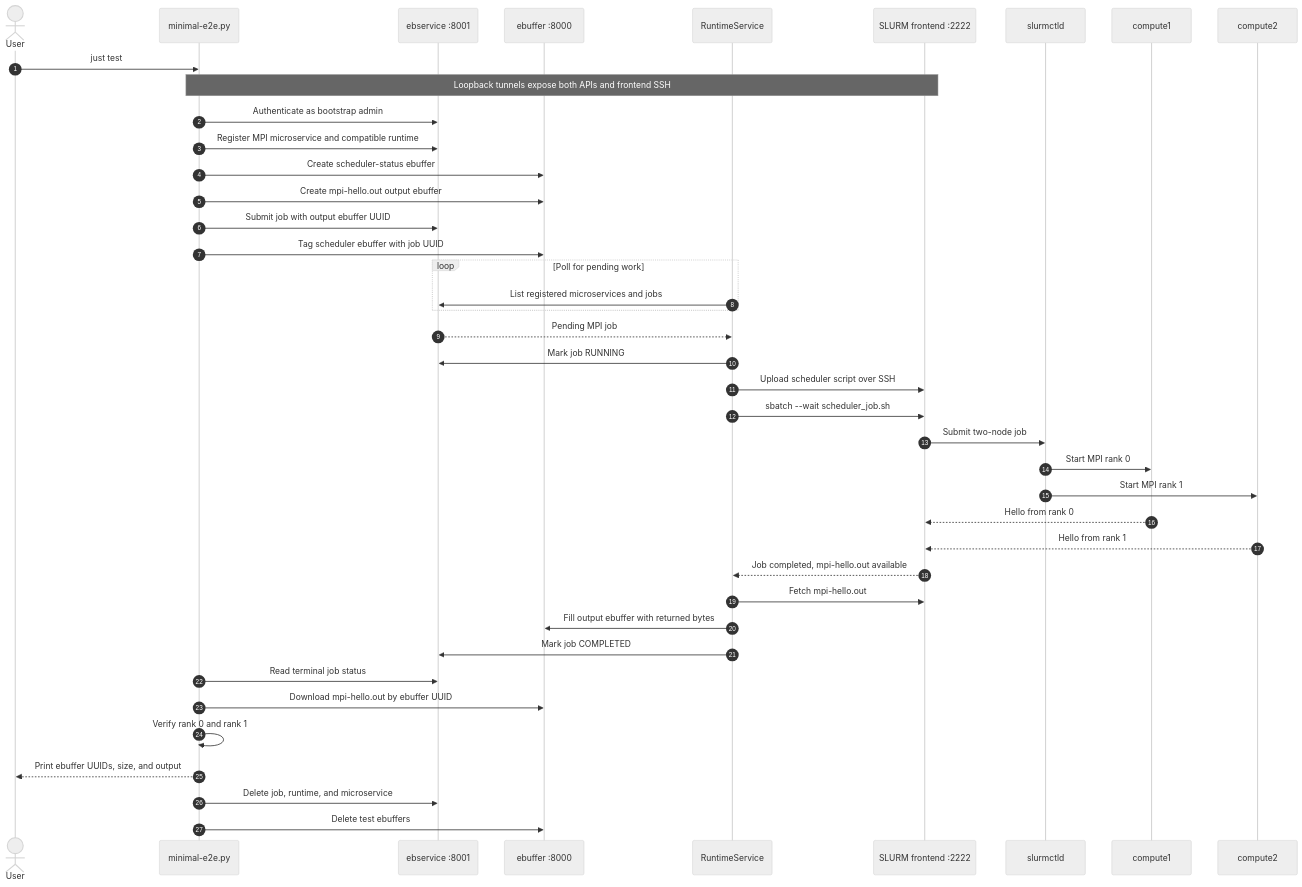
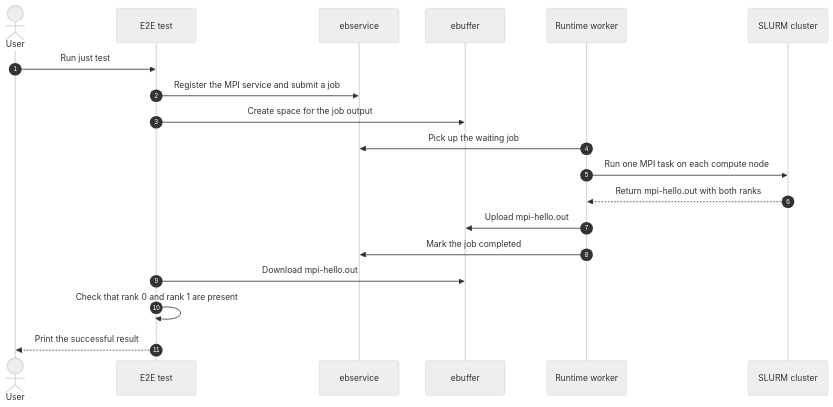
One commit to unk1ndled/nxc-Exa-AtoW changed the diagram in README.md. Above: the diagram before and after it, drawn with Mermaid (neutral theme). The commit also changed other lines of this file, not shown here.

````diff
--- a/README.md
+++ b/README.md
@@ -43,46 +46,22 @@
 ```mermaid
 sequenceDiagram
     autonumber
     actor User
-    participant Client as minimal-e2e.py
-    participant Service as ebservice :8001
-    participant Buffer as ebuffer :8000
-    participant Runtime as RuntimeService
-    participant Frontend as SLURM frontend :2222
-    participant Controller as slurmctld
-    participant C1 as compute1
-    participant C2 as compute2
+    participant Test as E2E test
+    participant API as ebservice
+    participant Data as ebuffer
+    participant Worker as Runtime worker
+    participant Cluster as SLURM cluster
 
-    User->>Client: just test
-    Note over Client,Frontend: Loopback tunnels expose both APIs and frontend SSH
-    Client->>Service: Authenticate as bootstrap admin
-    Client->>Service: Register MPI microservice and compatible runtime
-    Client->>Buffer: Create scheduler-status ebuffer
-    Client->>Buffer: Create mpi-hello.out output ebuffer
-    Client->>Service: Submit job with output ebuffer UUID
-    Client->>Buffer: Tag scheduler ebuffer with job UUID
-
-    loop Poll for pending work
-        Runtime->>Service: List registered microservices and jobs
-    end
-    Service-->>Runtime: Pending MPI job
-    Runtime->>Service: Mark job RUNNING
-    Runtime->>Frontend: Upload scheduler script over SSH
-    Runtime->>Frontend: sbatch --wait scheduler_job.sh
-    Frontend->>Controller: Submit two-node job
-    Controller->>C1: Start MPI rank 0
-    Controller->>C2: Start MPI rank 1
-    C1-->>Frontend: Hello from rank 0
-    C2-->>Frontend: Hello from rank 1
-    Frontend-->>Runtime: Job completed, mpi-hello.out available
-
-    Runtime->>Frontend: Fetch mpi-hello.out
-    Runtime->>Buffer: Fill output ebuffer with returned bytes
-    Runtime->>Service: Mark job COMPLETED
-    Client->>Service: Read terminal job status
-    Client->>Buffer: Download mpi-hello.out by ebuffer UUID
-    Client->>Client: Verify rank 0 and rank 1
-    Client-->>User: Print ebuffer UUIDs, size, and output
-    Client->>Service: Delete job, runtime, and microservice
-    Client->>Buffer: Delete test ebuffers
+    User->>Test: Run just test
+    Test->>API: Register the MPI service and submit a job
+    Test->>Data: Create space for the job output
+    Worker->>API: Pick up the waiting job
+    Worker->>Cluster: Run one MPI task on each compute node
+    Cluster-->>Worker: Return mpi-hello.out with both ranks
+    Worker->>Data: Upload mpi-hello.out
+    Worker->>API: Mark the job completed
+    Test->>Data: Download mpi-hello.out
+    Test->>Test: Check that rank 0 and rank 1 are present
+    Test-->>User: Print the successful result
 ```
````
